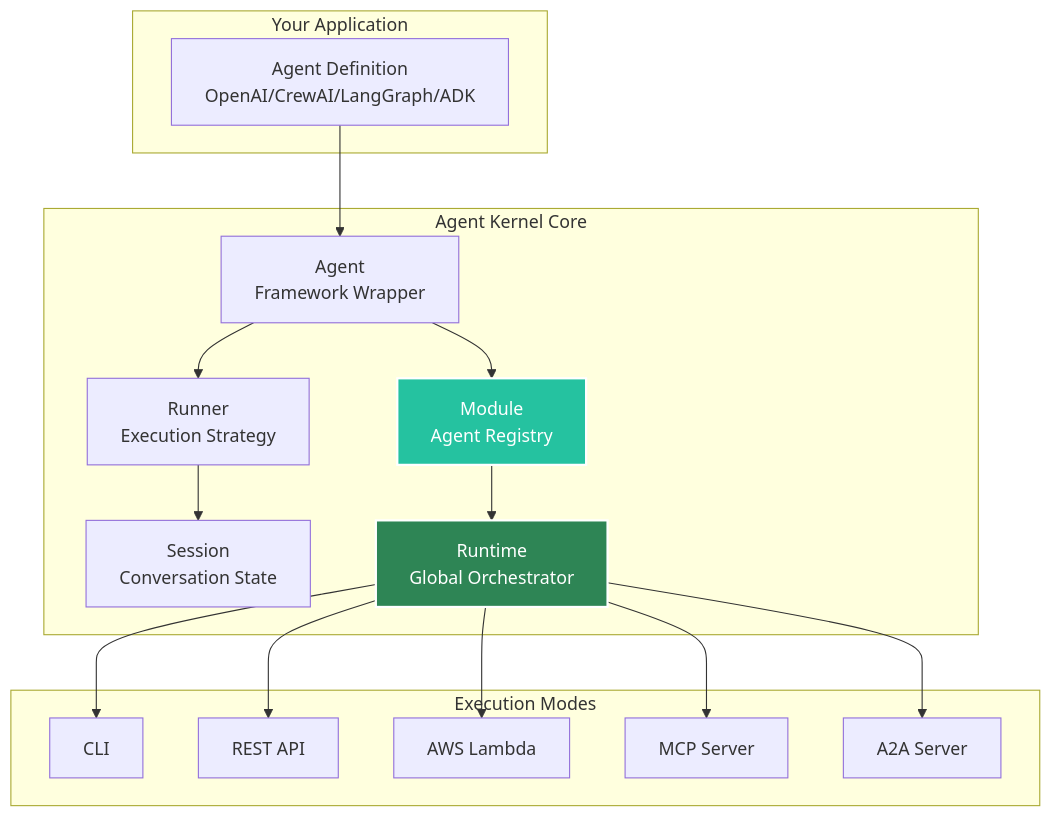
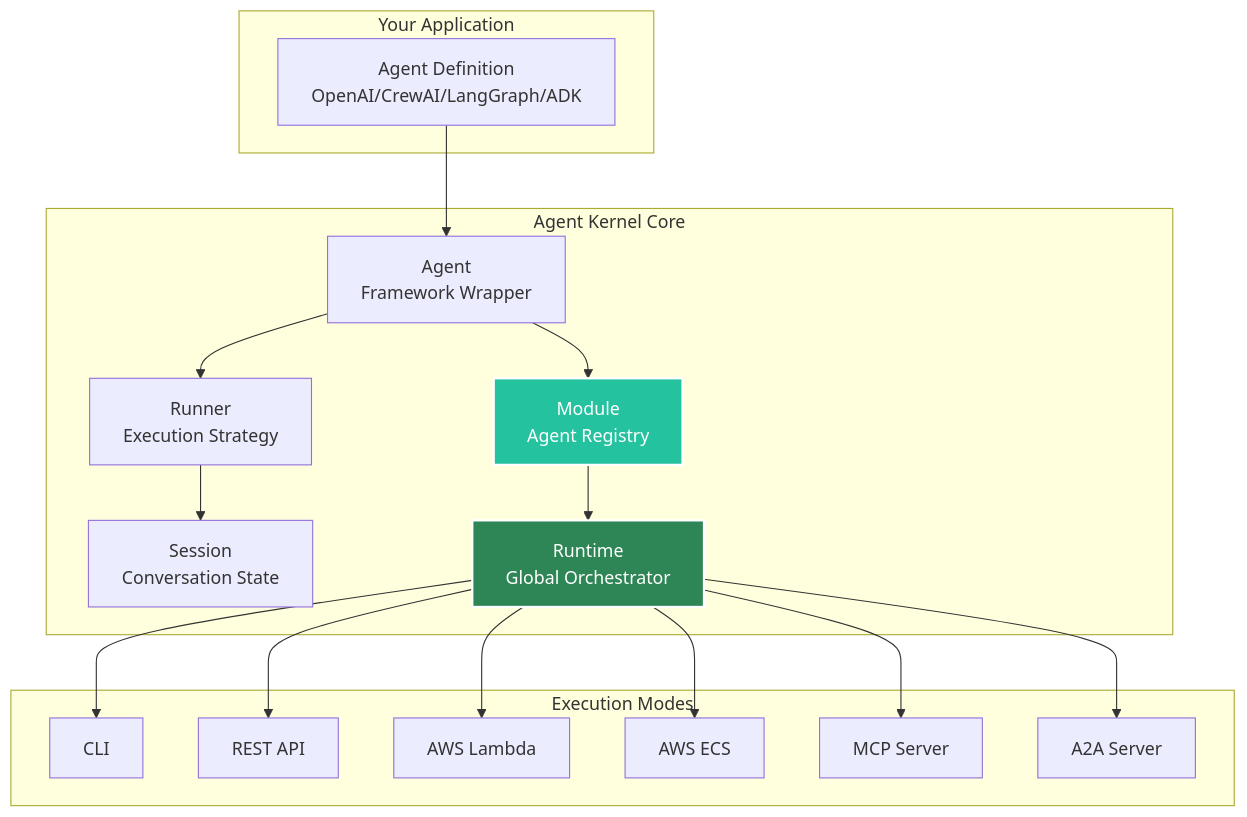
The first of 4 diagrams in docs/docs/core-concepts/overview.md (yaalalabs/agent-kernel), drawn with Mermaid before and after one commit. The commit also changed other lines of this file, not shown here.

Commit message:
fix: minor readme tweaks

````diff
--- a/docs/docs/core-concepts/overview.md
+++ b/docs/docs/core-concepts/overview.md
@@ -11,36 +11,38 @@
 ```mermaid
 graph TB
     subgraph "Your Application"
         A[Agent Definition<br/>OpenAI/CrewAI/LangGraph/ADK]
     end
     
     subgraph "Agent Kernel Core"
         B[Agent<br/>Framework Wrapper]
         C[Runner<br/>Execution Strategy]
         D[Session<br/>Conversation State]
         E[Module<br/>Agent Registry]
         F[Runtime<br/>Global Orchestrator]
     end
     
     subgraph "Execution Modes"
         G[CLI]
         H[REST API]
         I[AWS Lambda]
-        J[MCP Server]
-        K[A2A Server]
+        J[AWS ECS]
+        K[MCP Server]
+        L[A2A Server]
     end
     
     A --> B
     B --> C
     C --> D
     E --> F
     B --> E
     F --> G
     F --> H
     F --> I
     F --> J
     F --> K
+    F --> L
     
     style F fill:#2e8555,stroke:#fff,stroke-width:2px,color:#fff
     style E fill:#25c2a0,stroke:#fff,stroke-width:2px,color:#fff
 ```
````
